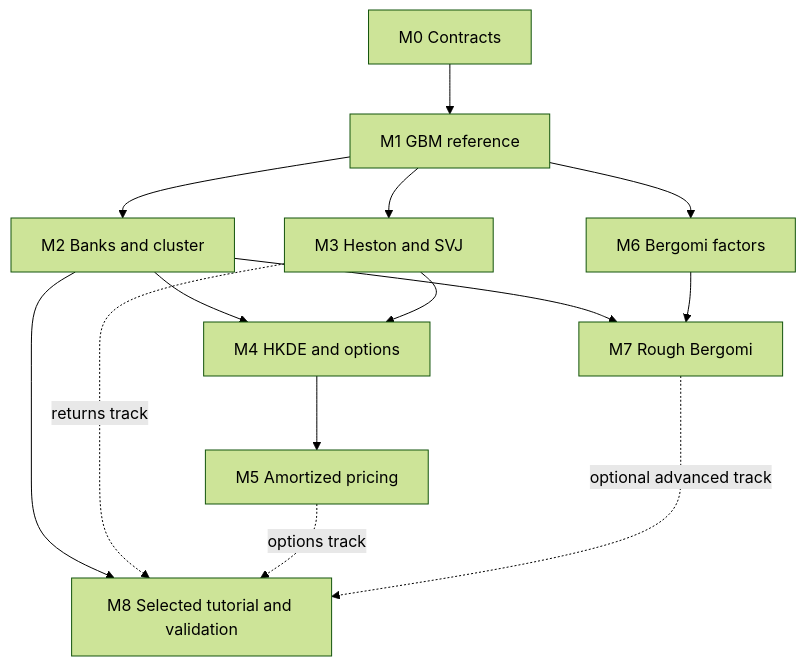
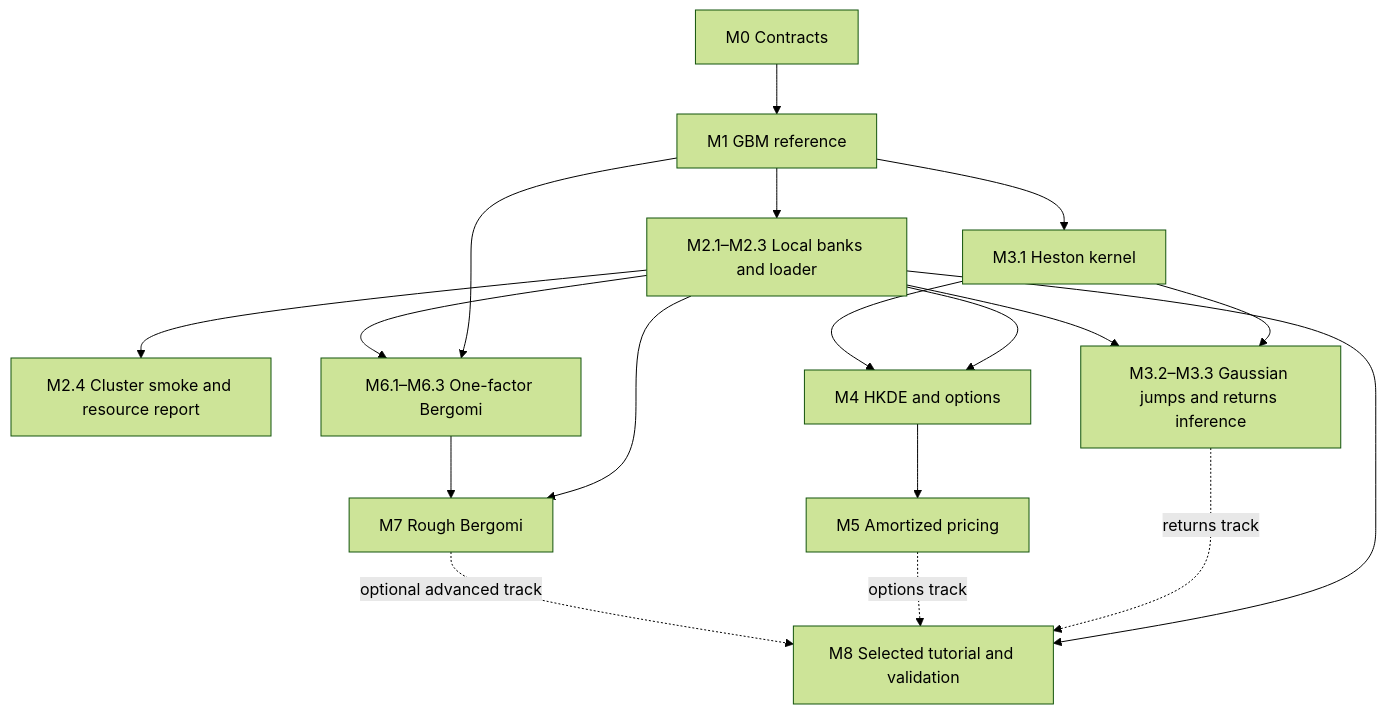
Before and after one commit to fmuia/sbi4finance: the diagram in docs/simulator-plan/README.md, drawn with Mermaid (forest theme). The commit also changed other lines of this file and 9 other files, not shown here.

Commit message:
docs: sequence simulator milestones into implementation subplans

````diff
--- a/docs/simulator-plan/README.md
+++ b/docs/simulator-plan/README.md
@@ -60,16 +60,20 @@
 ```mermaid
 flowchart TD
     M0["M0 Contracts"] --> M1["M1 GBM reference"]
-    M1 --> M2["M2 Banks and cluster"]
-    M1 --> M3["M3 Heston and SVJ"]
+    M1 --> M2["M2.1–M2.3 Local banks and loader"]
+    M2 --> C["M2.4 Cluster smoke and resource report"]
+    M1 --> H["M3.1 Heston kernel"]
+    H --> M3["M3.2–M3.3 Gaussian jumps and returns inference"]
+    M2 --> M3
     M2 --> M4["M4 HKDE and options"]
-    M3 --> M4
+    H --> M4
     M4 --> M5["M5 Amortized pricing"]
-    M1 --> M6["M6 Bergomi factors"]
+    M1 --> M6["M6.1–M6.3 One-factor Bergomi"]
+    M2 --> M6
     M2 --> M7["M7 Rough Bergomi"]
     M6 --> M7
     M2 --> M8["M8 Selected tutorial and validation"]
     M3 -. "returns track" .-> M8
     M5 -. "options track" .-> M8
     M7 -. "optional advanced track" .-> M8
 ```
````
